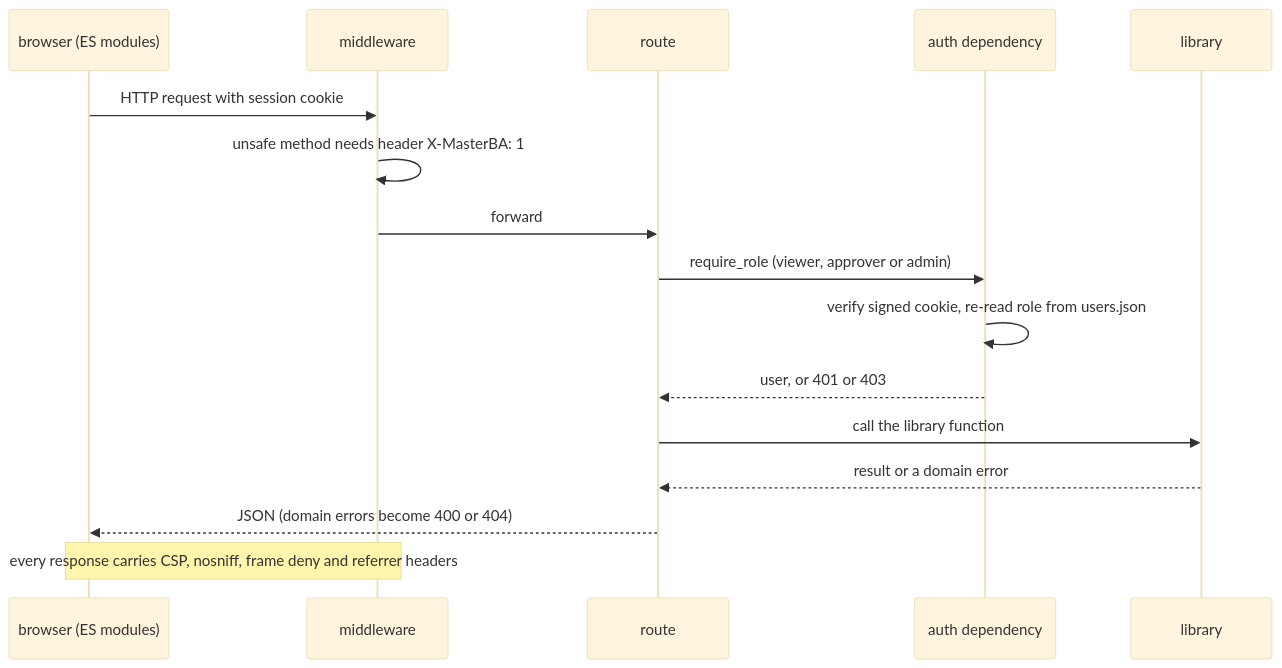
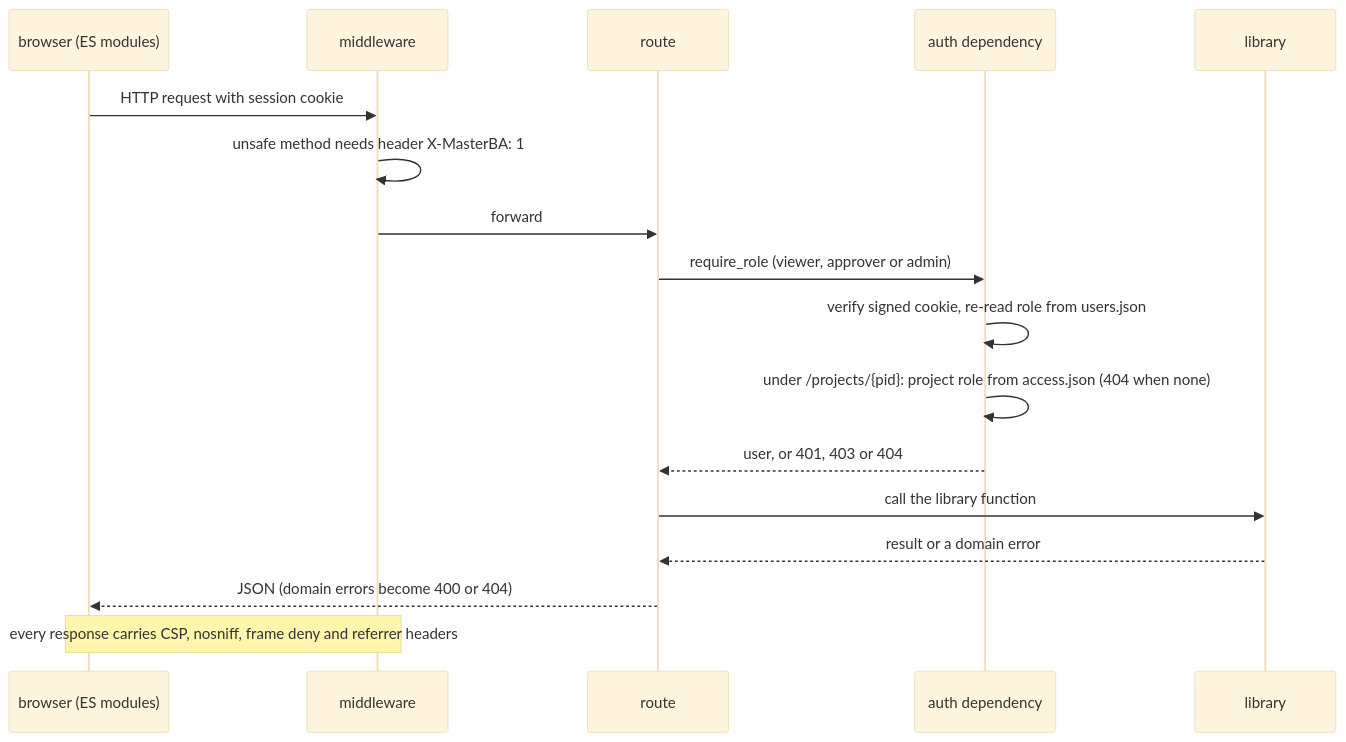
The second of 7 diagrams in docs/architecture/06-interfaces-and-deployment.md (thanhpt-25/master-ba), drawn with Mermaid (base theme) before and after one commit. The commit also changed other lines of this file and 40 other files, not shown here.

First line of the commit message:
Multiple users, project isolation and per-user token limits (spec 23) (#17)

````diff
--- a/docs/architecture/06-interfaces-and-deployment.md
+++ b/docs/architecture/06-interfaces-and-deployment.md
@@ -60,18 +60,19 @@
 ```mermaid
 sequenceDiagram
     participant B as browser (ES modules)
     participant M as middleware
     participant R as route
     participant D as auth dependency
     participant L as library
     B->>M: HTTP request with session cookie
     M->>M: unsafe method needs header X-MasterBA: 1
     M->>R: forward
     R->>D: require_role (viewer, approver or admin)
     D->>D: verify signed cookie, re-read role from users.json
-    D-->>R: user, or 401 or 403
+    D->>D: under /projects/{pid}: project role from access.json (404 when none)
+    D-->>R: user, or 401, 403 or 404
     R->>L: call the library function
     L-->>R: result or a domain error
     R-->>B: JSON (domain errors become 400 or 404)
     Note over M,B: every response carries CSP, nosniff, frame deny and referrer headers
 ```
````
